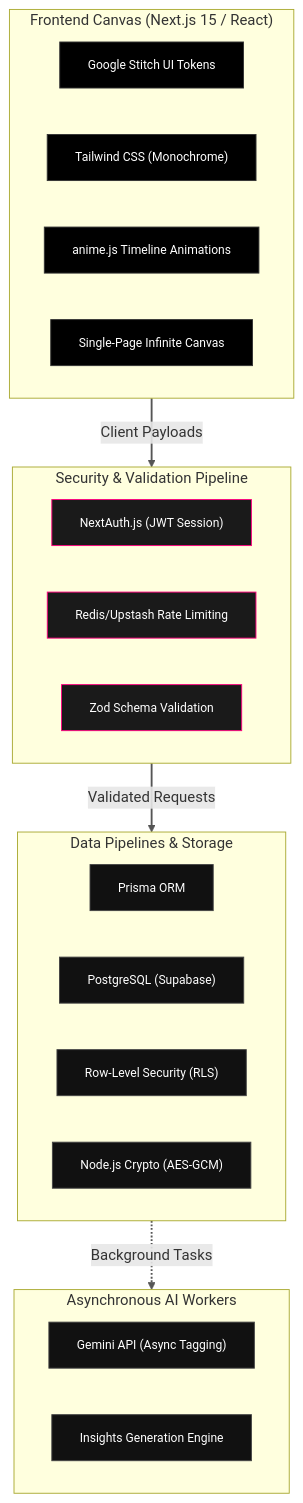
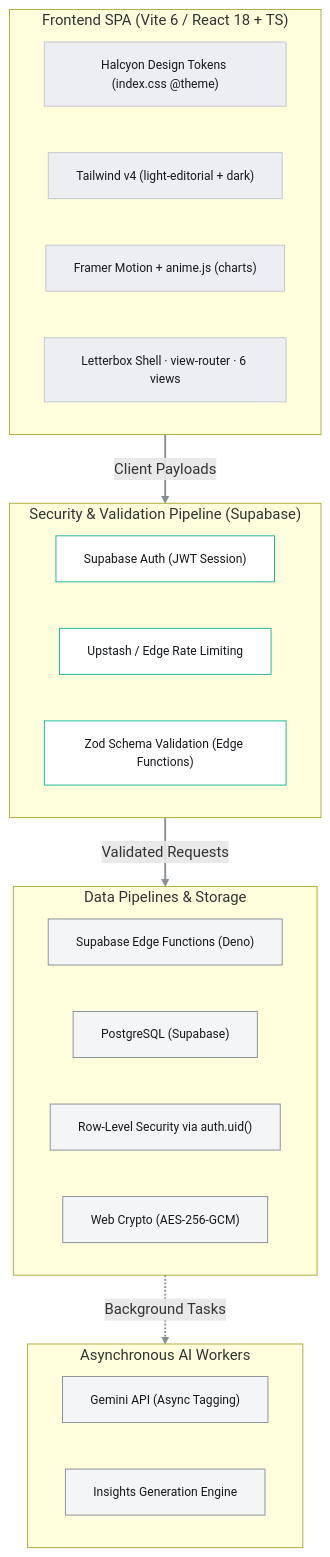
The diagram in 01_Projects/fin-app/System requirements - SRD.md (jdomingo117/personal-brain), drawn with Mermaid before and after one commit. The commit also changed other lines of this file and 15 other files, not shown here.

````diff
--- a/01_Projects/fin-app/System requirements - SRD.md
+++ b/01_Projects/fin-app/System requirements - SRD.md
@@ -27,53 +45,53 @@
 ```mermaid
 flowchart TD
-    %% Global Styling Stylesheet
-    classDef frontendStyle fill:#000000,stroke:#333333,stroke-width:1px,color:#ffffff,font-size:13px;
-    classDef securityStyle fill:#1a1a1a,stroke:#FF007F,stroke-width:1px,color:#ffffff,font-size:13px;
-    classDef backendStyle fill:#111111,stroke:#444444,stroke-width:1px,color:#ffffff,font-size:13px;
-    classDef titleStyle fill:#000000,stroke:#666666,stroke-width:2px,color:#ffffff,font-weight:bold,font-size:14px;
+    %% Global Styling Stylesheet — Halcyon light-editorial palette
+    classDef frontendStyle fill:#eceef1,stroke:#c0c5cb,stroke-width:1px,color:#15181c,font-size:13px;
+    classDef securityStyle fill:#ffffff,stroke:#11b596,stroke-width:1px,color:#15181c,font-size:13px;
+    classDef backendStyle fill:#f4f5f7,stroke:#868d95,stroke-width:1px,color:#15181c,font-size:13px;
+    classDef titleStyle fill:#eceef1,stroke:#15181c,stroke-width:2px,color:#15181c,font-weight:bold,font-size:14px;
 
-    %% FRONTEND CANVAS LAYER
-    subgraph FRONTEND ["Frontend Canvas (Next.js 15 / React)"]
-        FE_1["Google Stitch UI Tokens"]
-        FE_2["Tailwind CSS (Monochrome)"]
-        FE_3["anime.js Timeline Animations"]
-        FE_4["Single-Page Infinite Canvas"]
+    %% FRONTEND LAYER
+    subgraph FRONTEND ["Frontend SPA (Vite 6 / React 18 + TS)"]
+        FE_1["Halcyon Design Tokens (index.css @theme)"]
+        FE_2["Tailwind v4 (light-editorial + dark)"]
+        FE_3["Framer Motion + anime.js (charts)"]
+        FE_4["Letterbox Shell · view-router · 6 views"]
     end
     class FRONTEND titleStyle;
     class FE_1,FE_2,FE_3,FE_4 frontendStyle;
 
-    %% MIDDLEWARE & SECURITY LAYER (The 4 Pillars)
-    subgraph SECURITY ["Security & Validation Pipeline"]
-        SEC_1["NextAuth.js (JWT Session)"]
-        SEC_2["Redis/Upstash Rate Limiting"]
-        SEC_3["Zod Schema Validation"]
+    %% SECURITY LAYER (The 4 Pillars)
+    subgraph SECURITY ["Security & Validation Pipeline (Supabase)"]
+        SEC_1["Supabase Auth (JWT Session)"]
+        SEC_2["Upstash / Edge Rate Limiting"]
+        SEC_3["Zod Schema Validation (Edge Functions)"]
     end
     class SECURITY titleStyle;
     class SEC_1,SEC_2,SEC_3 securityStyle;
 
     %% DATA PIPELINES & DB LAYER
     subgraph PIPELINES ["Data Pipelines & Storage"]
-        DP_1["Prisma ORM"]
+        DP_1["Supabase Edge Functions (Deno)"]
         DP_2["PostgreSQL (Supabase)"]
-        DP_3["Row-Level Security (RLS)"]
-        DP_4["Node.js Crypto (AES-GCM)"]
+        DP_3["Row-Level Security via auth.uid()"]
+        DP_4["Web Crypto (AES-256-GCM)"]
     end
     class PIPELINES titleStyle;
     class DP_1,DP_2,DP_3,DP_4 backendStyle;
 
     %% AI INFRASTRUCTURE LAYER
     subgraph INFRA ["Asynchronous AI Workers"]
         INF_1["Gemini API (Async Tagging)"]
         INF_2["Insights Generation Engine"]
     end
     class INFRA titleStyle;
     class INF_1,INF_2 backendStyle;
 
     %% ARCHITECTURE FLOW CONNECTIONS
     FRONTEND -->|Client Payloads| SECURITY
     SECURITY -->|Validated Requests| PIPELINES
     PIPELINES -.->|Background Tasks| INFRA
 
     %% Connection Line Customization
-    linkStyle 0,1,2 stroke:#555555,stroke-width:2px;
+    linkStyle 0,1,2 stroke:#868d95,stroke-width:2px;
 ```
````
